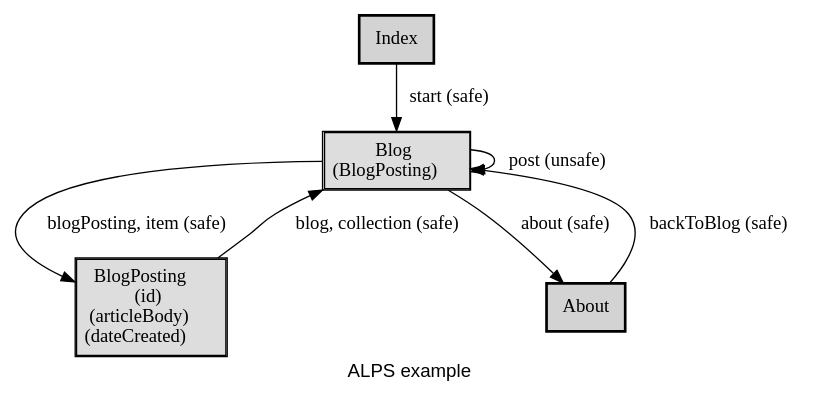
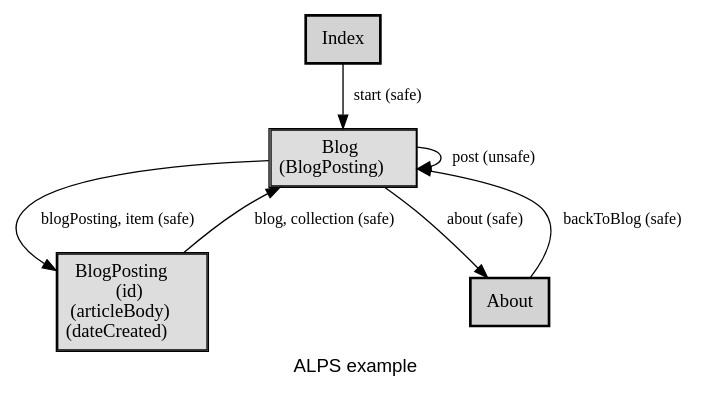
The diagram in docs/profile.example.dot (alps-asd/app-state-diagram), drawn with Graphviz before and after one commit. The commit also changed 10 other files, not shown here.

```diff
--- a/docs/profile.example.dot
+++ b/docs/profile.example.dot
@@ -1,23 +1,23 @@
 digraph application_state_diagram {
   graph [
     labelloc="b";
     fontname="Helvetica"
     label="ALPS example";
     URL="index.html"
   ];
   node [shape = box, style = "bold,filled"];
 
     Blog [style=solid, margin=0.02, label=<<table cellspacing="0" cellpadding="5" cellborder="1" border="0"><tr><td bgcolor="#dddddd">Blog<br />(BlogPosting)<br /></td></tr></table>>,shape=box URL="docs/semantic.Blog.html"]
     BlogPosting [style=solid, margin=0.02, label=<<table cellspacing="0" cellpadding="5" cellborder="1" border="0"><tr><td bgcolor="#dddddd">BlogPosting<br />(id)<br />(articleBody)<br />(dateCreated)<br /></td></tr></table>>,shape=box URL="docs/semantic.BlogPosting.html"]
 
-    Index->Blog [label = "start (safe)" URL="docs/safe.start.html"];
-    About->Blog [label = "backToBlog (safe)" URL="docs/safe.backToBlog.html"];
-    Blog->BlogPosting [label = "blogPosting, item (safe)" URL="docs/safe.blogPosting.html"];
-    Blog->Blog [label = "post (unsafe)" URL="docs/unsafe.post.html"];
-    Blog->About [label = "about (safe)" URL="docs/safe.about.html"];
-    BlogPosting->Blog [label = "blog, collection (safe)" URL="docs/safe.blog.html"];
+    Index -> Blog [fontsize=12 label = "start (safe)" URL="docs/safe.start.html"];
+    About -> Blog [fontsize=12 label = "backToBlog (safe)" URL="docs/safe.backToBlog.html"];
+    Blog -> BlogPosting [fontsize=12 label = "blogPosting, item (safe)" URL="docs/safe.blogPosting.html"];
+    Blog -> Blog [fontsize=12 label = "post (unsafe)" URL="docs/unsafe.post.html"];
+    Blog -> About [fontsize=12 label = "about (safe)" URL="docs/safe.about.html"];
+    BlogPosting -> Blog [fontsize=12 label = "blog, collection (safe)" URL="docs/safe.blog.html"];
 
     Index [URL="docs/semantic.Index.html"]
     About [URL="docs/semantic.About.html"]
 
 }
```
